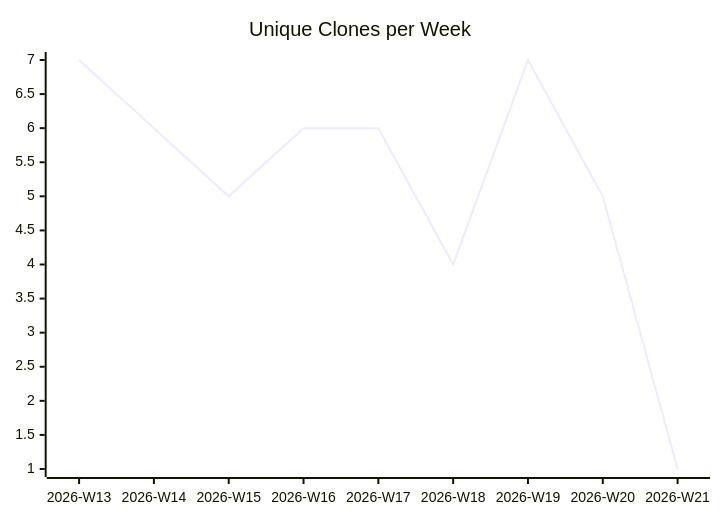
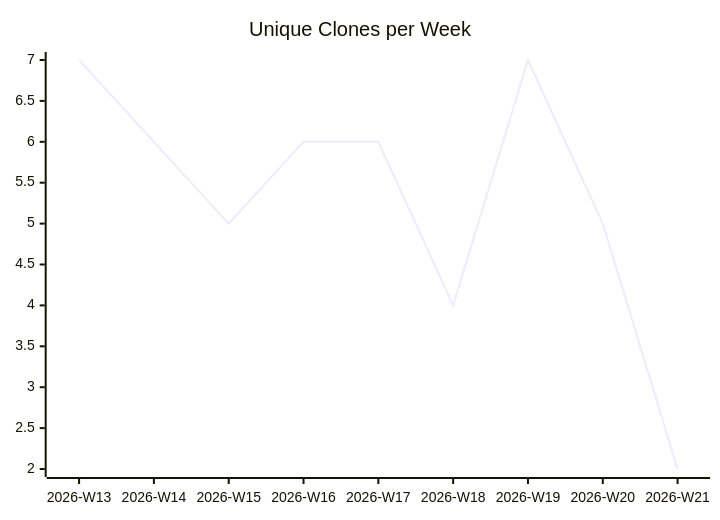
Before and after one commit to justdavis-family/github-analytics-data: the third of 3 diagrams in karlmdavis/lego-ev3dev-rs/README.md, drawn with Mermaid. The commit also changed other lines of this file and 187 other files, not shown here.

````diff
--- a/karlmdavis/lego-ev3dev-rs/README.md
+++ b/karlmdavis/lego-ev3dev-rs/README.md
@@ -19,6 +19,6 @@
 ```mermaid
 xychart-beta
   title "Unique Clones per Week"
   x-axis ["2026-W13", "2026-W14", "2026-W15", "2026-W16", "2026-W17", "2026-W18", "2026-W19", "2026-W20", "2026-W21"]
-  line [7, 6, 5, 6, 6, 4, 7, 5, 1]
+  line [7, 6, 5, 6, 6, 4, 7, 5, 2]
 ```
````
